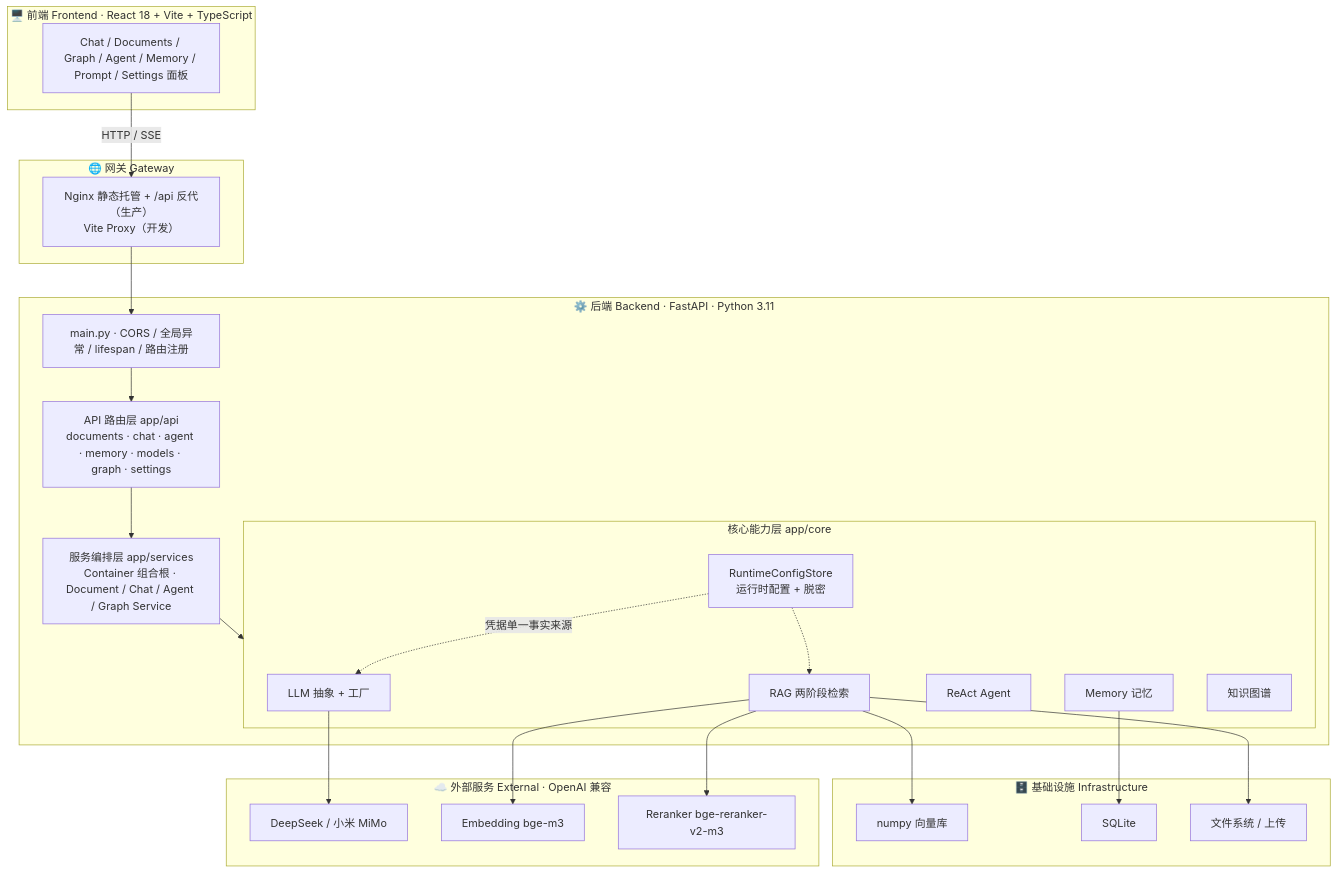
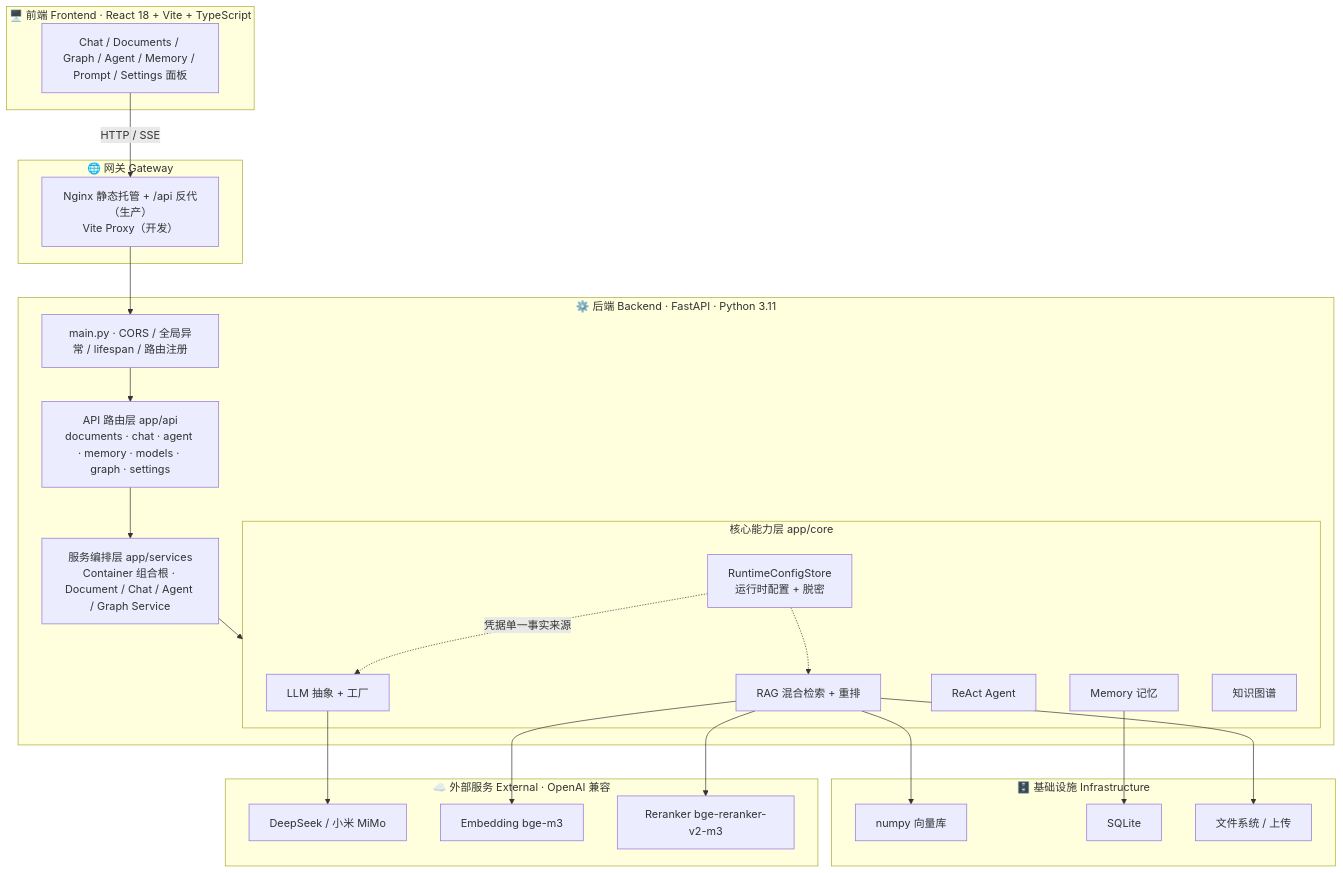
Before and after one commit to Chun556699/RAG-KnowledgeBase: the diagram in README.md, drawn with Mermaid. The commit also changed other lines of this file and 1 other file, not shown here.

Commit message:
docs: README 与 system-overview 更新混合检索与图增强检索特性

````diff
--- a/README.md
+++ b/README.md
@@ -30,49 +30,49 @@
 ```mermaid
 flowchart TB
     subgraph Client["🖥️ 前端 Frontend · React 18 + Vite + TypeScript"]
         UI["Chat / Documents / Graph / Agent / Memory / Prompt / Settings 面板"]
     end
 
     subgraph Gateway["🌐 网关 Gateway"]
         NG["Nginx 静态托管 + /api 反代（生产）<br/>Vite Proxy（开发）"]
     end
 
     subgraph Backend["⚙️ 后端 Backend · FastAPI · Python 3.11"]
         APP["main.py · CORS / 全局异常 / lifespan / 路由注册"]
         API["API 路由层 app/api<br/>documents · chat · agent · memory · models · graph · settings"]
         SVC["服务编排层 app/services<br/>Container 组合根 · Document / Chat / Agent / Graph Service"]
         subgraph CORE["核心能力层 app/core"]
             LLM["LLM 抽象 + 工厂"]
-            RAG["RAG 两阶段检索"]
+            RAG["RAG 混合检索 + 重排"]
             AGENT["ReAct Agent"]
             MEM["Memory 记忆"]
             GRAPH["知识图谱"]
             CFG["RuntimeConfigStore<br/>运行时配置 + 脱密"]
         end
         APP --> API --> SVC --> CORE
     end
 
     subgraph Infra["🗄️ 基础设施 Infrastructure"]
         VS["numpy 向量库"]
         DB["SQLite"]
         FS["文件系统 / 上传"]
     end
 
     subgraph External["☁️ 外部服务 External · OpenAI 兼容"]
         EXLLM["DeepSeek / 小米 MiMo"]
         EMB["Embedding bge-m3"]
         RR["Reranker bge-reranker-v2-m3"]
     end
 
     UI -->|"HTTP / SSE"| NG
     NG --> APP
 
     RAG --> VS
     RAG --> EMB
     RAG --> RR
     RAG --> FS
     MEM --> DB
     LLM --> EXLLM
     CFG -.->|"凭据单一事实来源"| LLM
     CFG -.-> RAG
 ```
````
